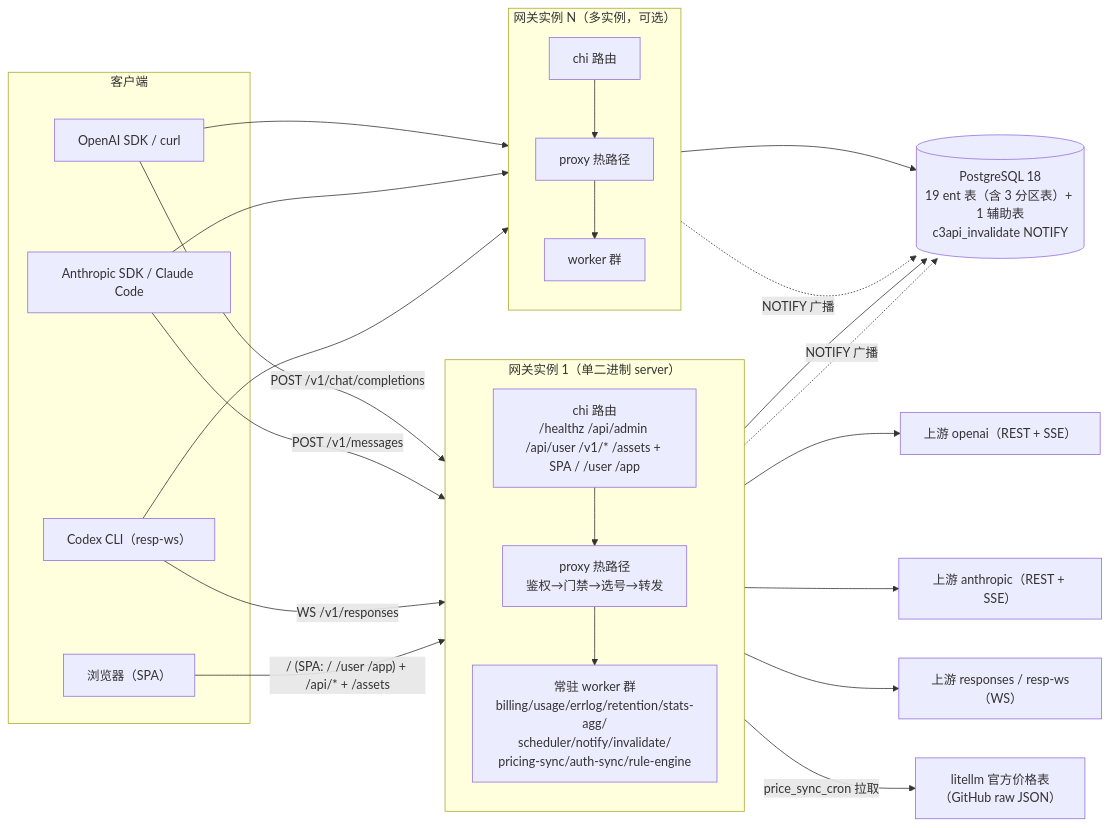
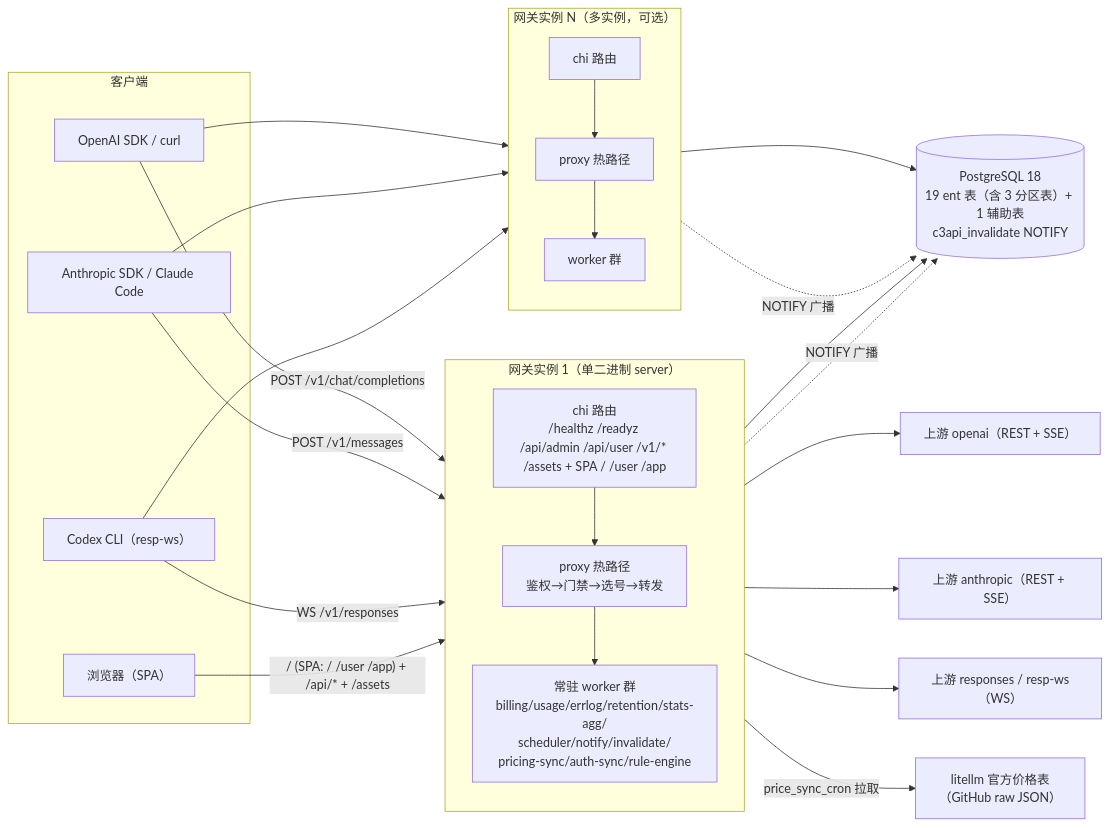
One commit to baimao5299-ship-it/c4 changed the first of 3 diagrams in docs/architecture-topology.md. Above: the diagram before and after it, drawn with Mermaid. The commit also changed other lines of this file and 99 other files, not shown here.

````diff
--- a/docs/architecture-topology.md
+++ b/docs/architecture-topology.md
@@ -10,47 +10,47 @@
 ```mermaid
 flowchart LR
     subgraph Client["客户端"]
         C1["OpenAI SDK / curl"]
         C2["Anthropic SDK / Claude Code"]
         C3["Codex CLI（resp-ws）"]
         W1["浏览器（SPA）"]
     end
 
     subgraph G1["网关实例 1（单二进制 server）"]
         direction TB
-        S["chi 路由<br/>/healthz /api/admin /api/user /v1/* /assets + SPA / /user /app"]
+        S["chi 路由<br/>/healthz /readyz /api/admin /api/user /v1/* /assets + SPA / /user /app"]
         PX["proxy 热路径<br/>鉴权→门禁→选号→转发"]
         WH["常驻 worker 群<br/>billing/usage/errlog/retention/stats-agg/<br/>scheduler/notify/invalidate/<br/>pricing-sync/auth-sync/rule-engine"]
     end
 
     subgraph G2["网关实例 N（多实例，可选）"]
         direction TB
         S2["chi 路由"]
         PX2["proxy 热路径"]
         WH2["worker 群"]
     end
 
     PG[("PostgreSQL 18<br/>19 ent 表（含 3 分区表）+ 1 辅助表<br/>c3api_invalidate NOTIFY")]
     UP1["上游 openai（REST + SSE）"]
     UP2["上游 anthropic（REST + SSE）"]
     UP3["上游 responses / resp-ws（WS）"]
     LLM["litellm 官方价格表<br/>（GitHub raw JSON）"]
 
     C1 -->|"POST /v1/chat/completions"| S
     C2 -->|"POST /v1/messages"| S
     C3 -->|"WS /v1/responses"| S
     W1 -->|"/ (SPA: / /user /app) + /api/* + /assets"| S
     C1 --> S2
     C2 --> S2
     C3 --> S2
     S --> PX
     S2 --> PX2
     PX --> UP1 & UP2 & UP3
     PX --> WH
     PX2 --> WH2
     WH --> PG
     WH2 --> PG
     G1 -.NOTIFY 广播.-> PG
     G2 -.NOTIFY 广播.-> PG
     WH -->|"price_sync_cron 拉取"| LLM
 ```
````
